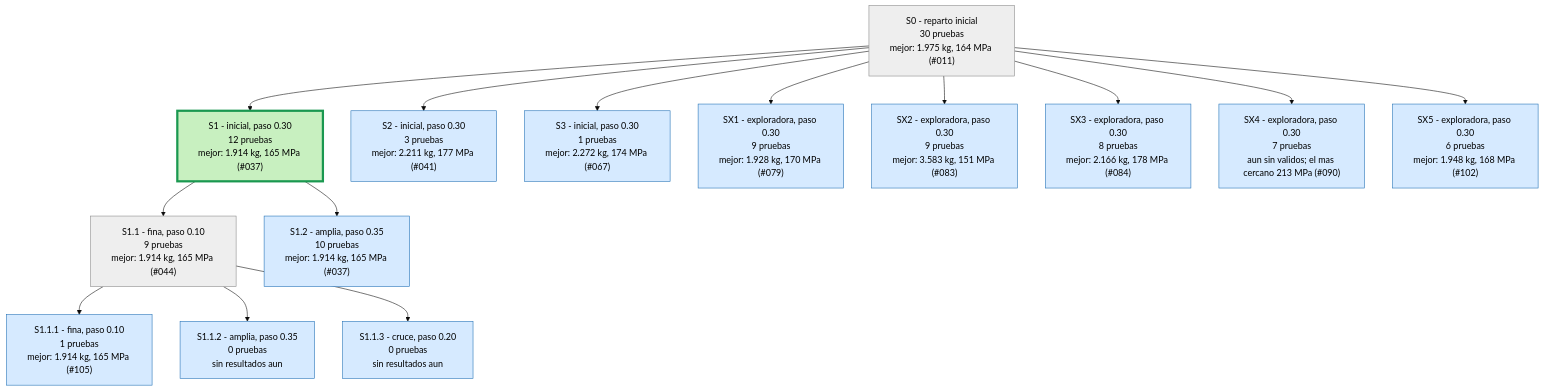
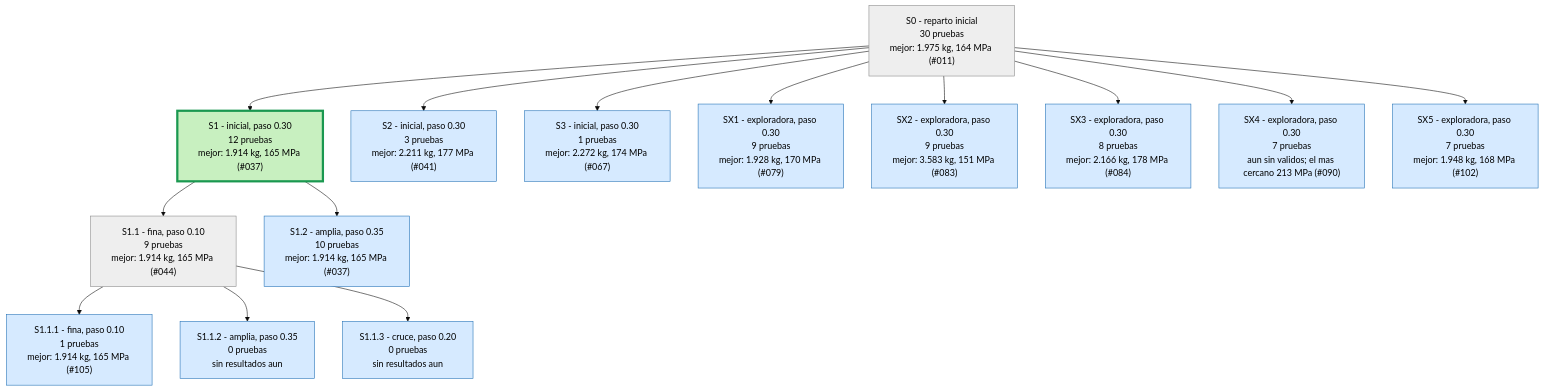
The first of 4 diagrams in runs/opt_37800N/ARBOL.md (Hugiko/msd-soporte-optimizacion), drawn with Mermaid (base theme) before and after one commit. The commit also changed 35 other files, not shown here.

````diff
--- a/runs/opt_37800N/ARBOL.md
+++ b/runs/opt_37800N/ARBOL.md
@@ -9,33 +9,33 @@
 ```mermaid
 graph TD
 classDef activa fill:#d6eaff,stroke:#1f6fb5,color:#000
 classDef fin fill:#eeeeee,stroke:#888,color:#000
 classDef mejor fill:#c8f0c0,stroke:#1a9850,stroke-width:4px,color:#000
 S0["S0 - reparto inicial<br/>30 pruebas<br/>mejor: 1.975 kg, 164 MPa (#011)"]:::fin
 S1["S1 - inicial, paso 0.30<br/>12 pruebas<br/>mejor: 1.914 kg, 165 MPa (#037)"]:::mejor
 S0 --> S1
 S2["S2 - inicial, paso 0.30<br/>3 pruebas<br/>mejor: 2.211 kg, 177 MPa (#041)"]:::activa
 S0 --> S2
 S3["S3 - inicial, paso 0.30<br/>1 pruebas<br/>mejor: 2.272 kg, 174 MPa (#067)"]:::activa
 S0 --> S3
 S1_1["S1.1 - fina, paso 0.10<br/>9 pruebas<br/>mejor: 1.914 kg, 165 MPa (#044)"]:::fin
 S1 --> S1_1
 S1_2["S1.2 - amplia, paso 0.35<br/>10 pruebas<br/>mejor: 1.914 kg, 165 MPa (#037)"]:::activa
 S1 --> S1_2
 S1_1_1["S1.1.1 - fina, paso 0.10<br/>1 pruebas<br/>mejor: 1.914 kg, 165 MPa (#105)"]:::activa
 S1_1 --> S1_1_1
 S1_1_2["S1.1.2 - amplia, paso 0.35<br/>0 pruebas<br/>sin resultados aun"]:::activa
 S1_1 --> S1_1_2
 S1_1_3["S1.1.3 - cruce, paso 0.20<br/>0 pruebas<br/>sin resultados aun"]:::activa
 S1_1 --> S1_1_3
 SX1["SX1 - exploradora, paso 0.30<br/>9 pruebas<br/>mejor: 1.928 kg, 170 MPa (#079)"]:::activa
 S0 --> SX1
 SX2["SX2 - exploradora, paso 0.30<br/>9 pruebas<br/>mejor: 3.583 kg, 151 MPa (#083)"]:::activa
 S0 --> SX2
 SX3["SX3 - exploradora, paso 0.30<br/>8 pruebas<br/>mejor: 2.166 kg, 178 MPa (#084)"]:::activa
 S0 --> SX3
 SX4["SX4 - exploradora, paso 0.30<br/>7 pruebas<br/>aun sin validos; el mas cercano 213 MPa (#090)"]:::activa
 S0 --> SX4
-SX5["SX5 - exploradora, paso 0.30<br/>6 pruebas<br/>mejor: 1.948 kg, 168 MPa (#102)"]:::activa
+SX5["SX5 - exploradora, paso 0.30<br/>7 pruebas<br/>mejor: 1.948 kg, 168 MPa (#102)"]:::activa
 S0 --> SX5
 ```
````
